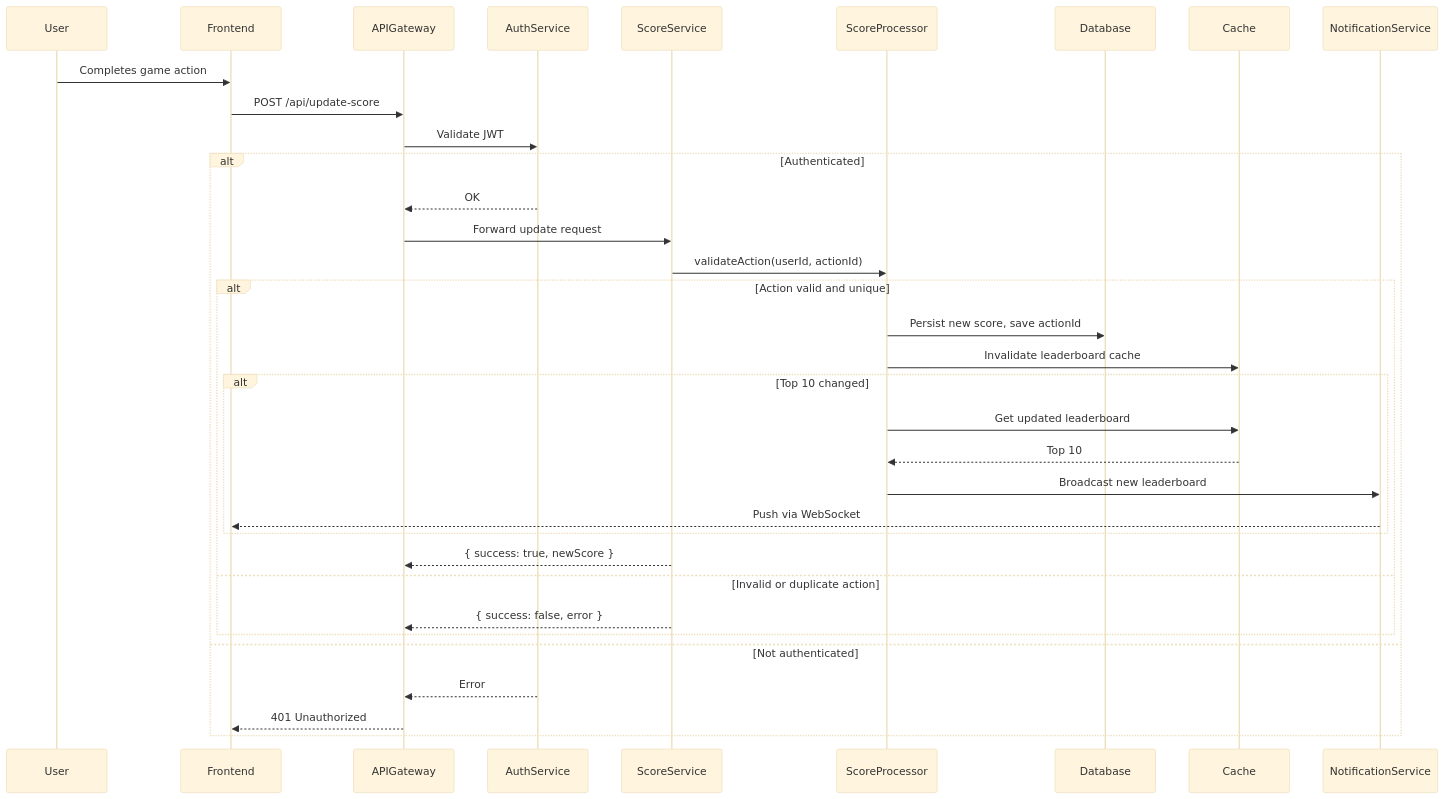
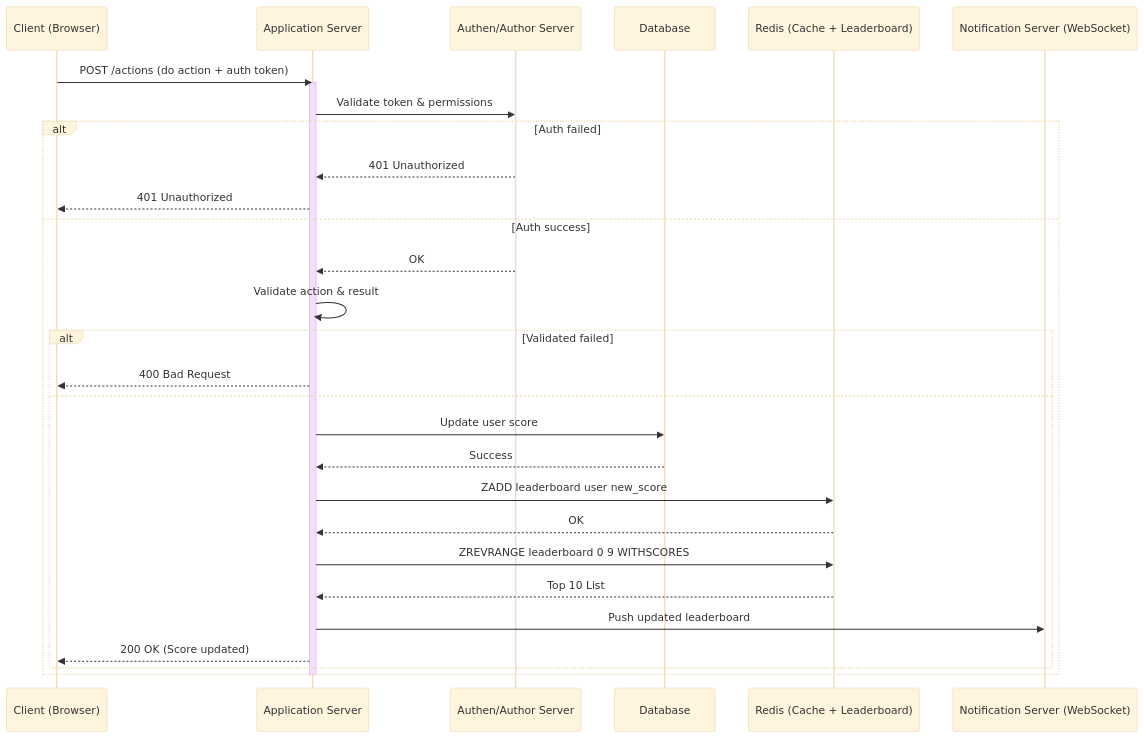
Before and after one commit to RyseUp/99tech-backend-challenge: the diagram in src/problem6_architecture/README.md, drawn with Mermaid (base theme). The commit also changed other lines of this file, not shown here.

Commit message:
feat(problem-6): update architecture design for scoreboard module with real-time leaderboard and anti-cheat flow

````diff
--- a/src/problem6_architecture/README.md
+++ b/src/problem6_architecture/README.md
@@ -55,40 +52,41 @@
 ```mermaid
 sequenceDiagram
-    participant User
-    participant Frontend
-    participant APIGateway
-    participant AuthService
-    participant ScoreService
-    participant ScoreProcessor
-    participant Database
-    participant Cache
-    participant NotificationService
+    participant C as Client (Browser)
+    participant S as Application Server
+    participant Auth as Authen/Author Server
+    participant DB as Database
+    participant Redis as Redis (Cache + Leaderboard)
+    participant NS as Notification Server (WebSocket)
 
-    User->>Frontend: Completes game action
-    Frontend->>APIGateway: POST /api/update-score
-    APIGateway->>AuthService: Validate JWT
+    C->>S: POST /actions (do action + auth token)
 
-    alt Authenticated
-        AuthService-->>APIGateway: OK
-        APIGateway->>ScoreService: Forward update request
-        ScoreService->>ScoreProcessor: validateAction(userId, actionId)
+    activate S
+    S->>Auth: Validate token & permissions
 
-        alt Action valid and unique
-            ScoreProcessor->>Database: Persist new score, save actionId
-            ScoreProcessor->>Cache: Invalidate leaderboard cache
-            alt Top 10 changed
-                ScoreProcessor->>Cache: Get updated leaderboard
-                Cache-->>ScoreProcessor: Top 10
-                ScoreProcessor->>NotificationService: Broadcast new leaderboard
-                NotificationService-->>Frontend: Push via WebSocket
-            end
-            ScoreService-->>APIGateway: { success: true, newScore }
-        else Invalid or duplicate action
-            ScoreService-->>APIGateway: { success: false, error }
+    alt Auth failed
+        Auth-->>S: 401 Unauthorized
+        S-->>C: 401 Unauthorized
+    else Auth success
+        Auth-->>S: OK
+        S->>S: Validate action & result
+
+        alt Validated failed
+            S-->>C: 400 Bad Request
+        else
+            S->>DB: Update user score
+            DB-->>S: Success
+
+            S->>Redis: ZADD leaderboard user new_score
+            Redis-->>S: OK
+
+            S->>Redis: ZREVRANGE leaderboard 0 9 WITHSCORES
+            Redis-->>S: Top 10 List
+
+            S->>NS: Push updated leaderboard
+
+            S-->>C: 200 OK (Score updated)
         end
-    else Not authenticated
-        AuthService-->>APIGateway: Error
-        APIGateway-->>Frontend: 401 Unauthorized
     end
 
+    deactivate S
 ```
````
